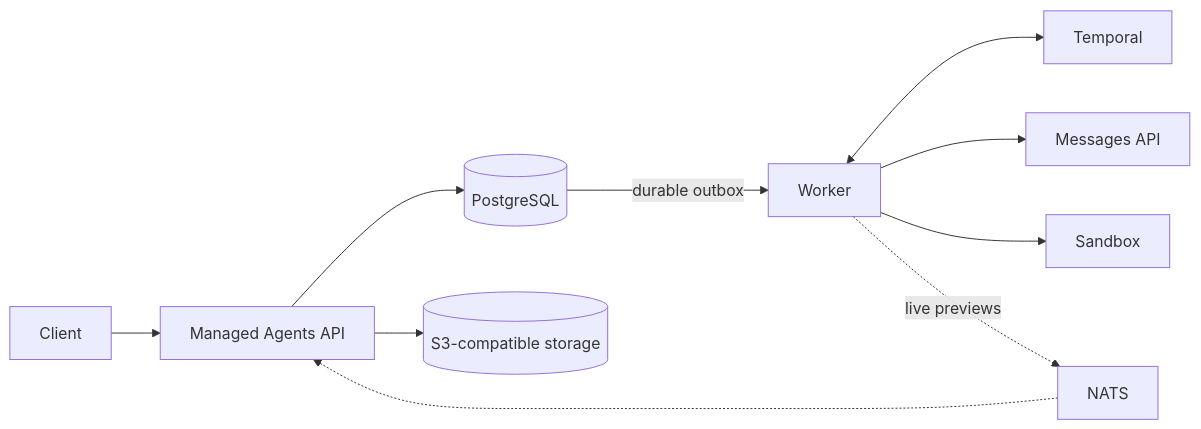
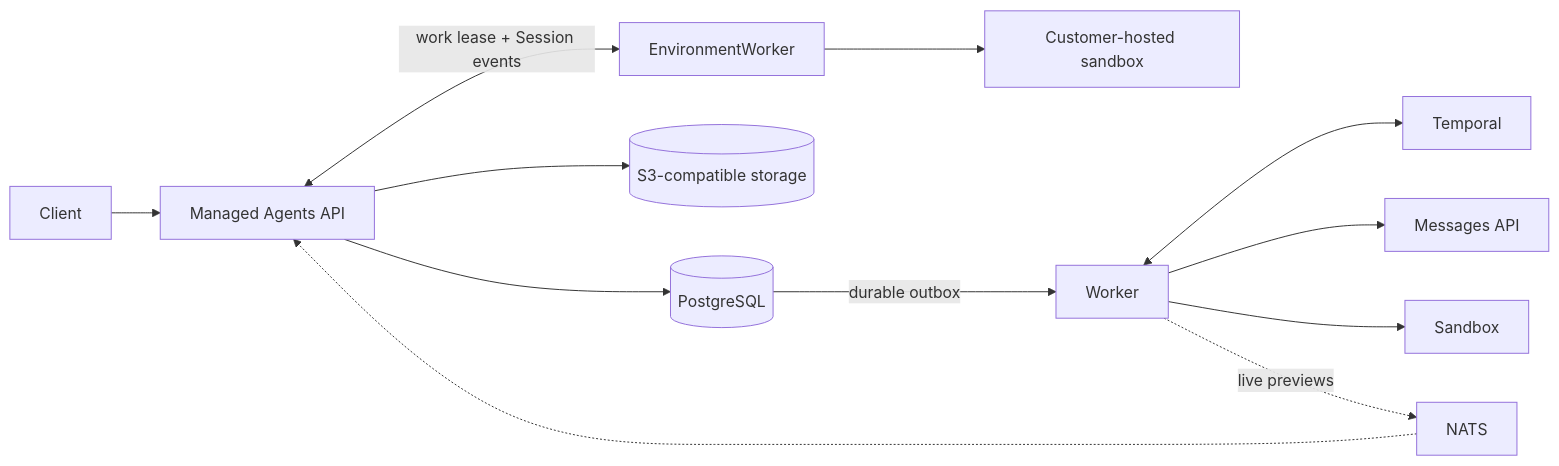
Before and after one commit to yanpgwang/managed-agent-go: the diagram in README.md, drawn with Mermaid. The commit also changed other lines of this file and 32 other files, not shown here.

First line of the commit message:
Implement self-hosted Environment Work (#114)

````diff
--- a/README.md
+++ b/README.md
@@ -111,12 +114,14 @@
 ```mermaid
 flowchart LR
   Client --> API["Managed Agents API"]
   API --> PG[("PostgreSQL")]
   API --> Objects[("S3-compatible storage")]
+  API <-- "work lease + Session events" --> SelfHostedWorker["EnvironmentWorker"]
+  SelfHostedWorker --> CustomerSandbox["Customer-hosted sandbox"]
   PG -- "durable outbox" --> Worker
   Worker <--> Temporal
   Worker --> Model["Messages API"]
   Worker --> Sandbox
   Worker -. "live previews" .-> NATS
   NATS -.-> API
 ```
````
